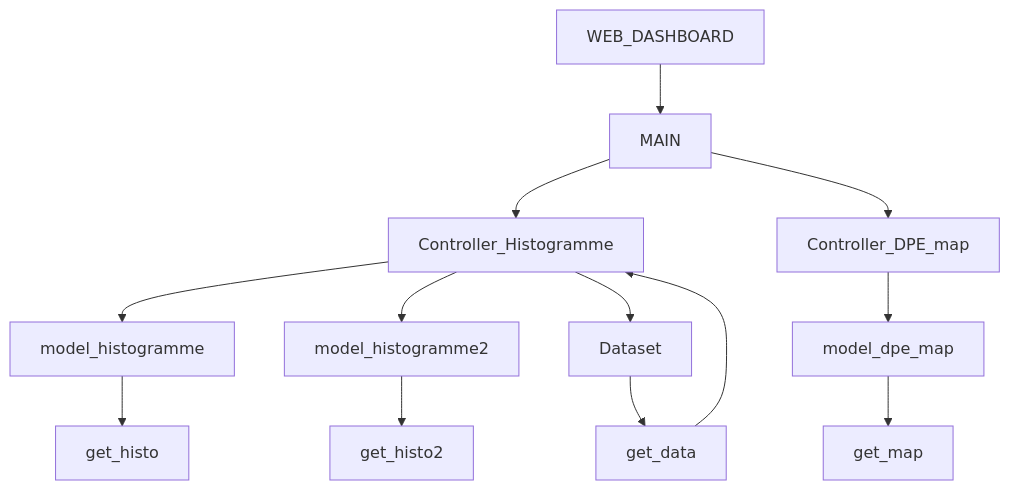
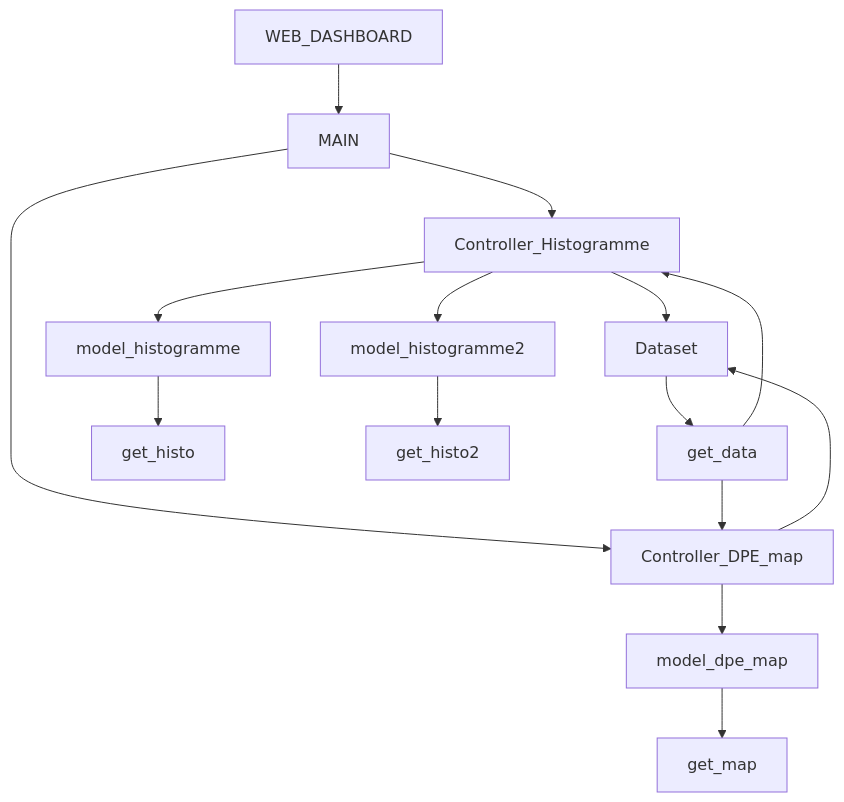
One commit to DOMESDAY7/dashboard_dpe changed the diagram in README.md. Above: the diagram before and after it, drawn with Mermaid.

Commit message:
first_schema

````diff
--- a/README.md
+++ b/README.md
@@ -1,13 +1,15 @@
 ```mermaid
 graph TD;
   WEB_DASHBOARD-->MAIN;
   MAIN-->Controller_Histogramme;
   MAIN-->Controller_DPE_map;
   Controller_Histogramme-->model_histogramme;
   Controller_Histogramme-->model_histogramme2;
   Controller_Histogramme-->Dataset-->get_data-->Controller_Histogramme;
   model_histogramme-->get_histo;
   model_histogramme2-->get_histo2;
   Controller_DPE_map-->model_dpe_map;
+  Controller_DPE_map-->Dataset;
+  get_data-->Controller_DPE_map;
   model_dpe_map-->get_map;
 ```
````
